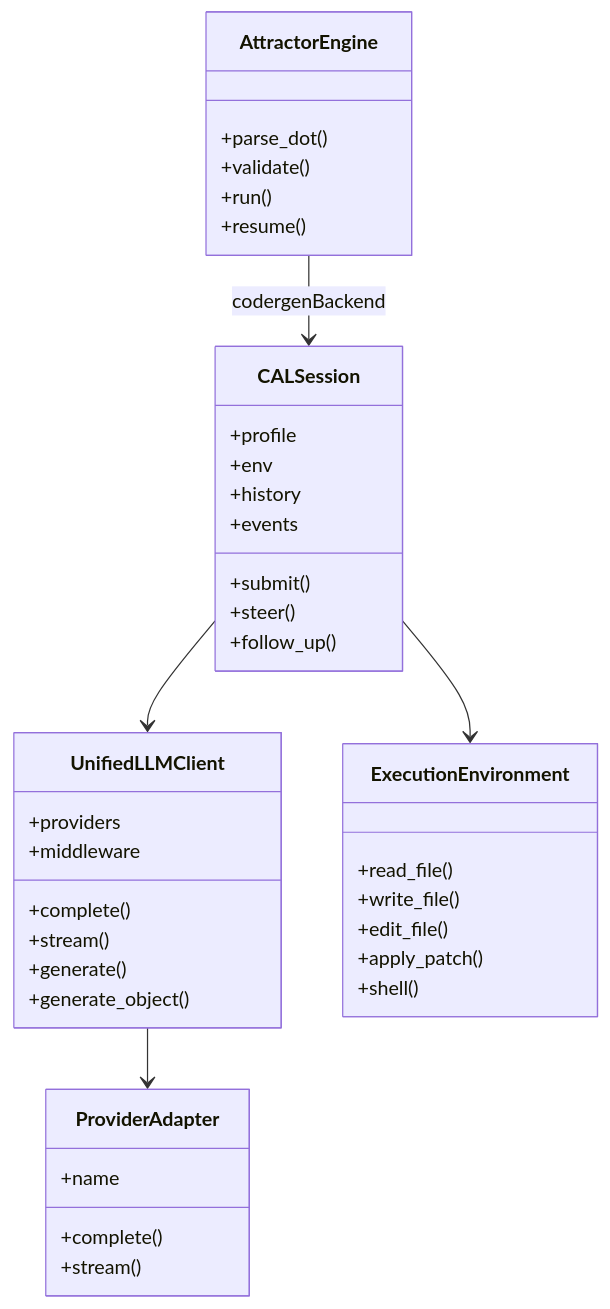
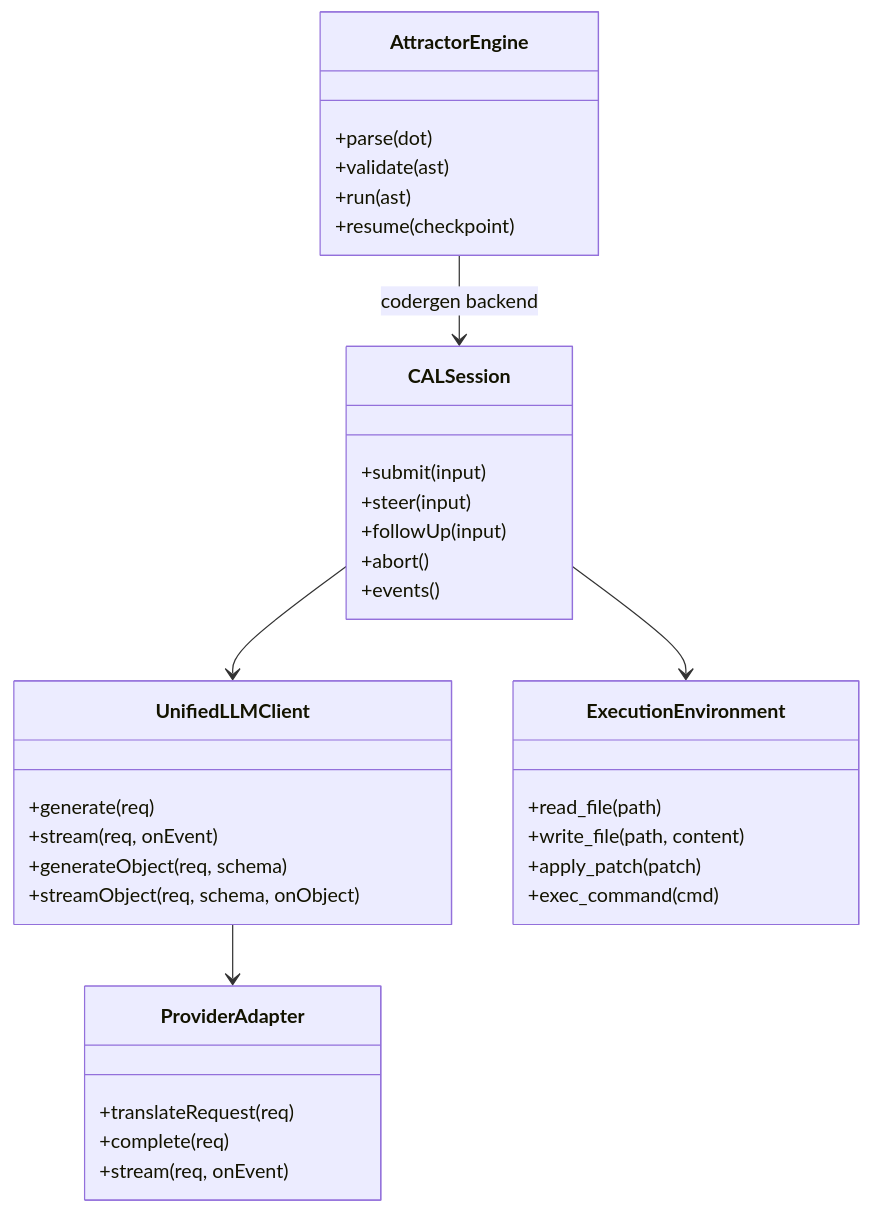
One commit to jaytaylor/attractor-tcl changed the first of 5 diagrams in docs/sprints/SPRINT-003-close-spec-parity-tcl.md. Above: the diagram before and after it, drawn with Mermaid. The commit also changed other lines of this file, not shown here.

Commit message:
docs: mark sprint 003 close-spec plan fully complete with final verification evidence

````diff
--- a/docs/sprints/SPRINT-003-close-spec-parity-tcl.md
+++ b/docs/sprints/SPRINT-003-close-spec-parity-tcl.md
@@ -824,44 +696,42 @@
 ```mermaid
-%% Source: .scratch/diagrams/sprint-003/domain.mmd
 classDiagram
   class UnifiedLLMClient {
-    +providers
-    +middleware
-    +complete()
-    +stream()
-    +generate()
-    +generate_object()
+    +generate(req)
+    +stream(req, onEvent)
+    +generateObject(req, schema)
+    +streamObject(req, schema, onObject)
   }
+
   class ProviderAdapter {
-    +name
-    +complete()
-    +stream()
+    +translateRequest(req)
+    +complete(req)
+    +stream(req, onEvent)
   }
+
   class CALSession {
-    +profile
-    +env
-    +history
-    +events
-    +submit()
-    +steer()
-    +follow_up()
+    +submit(input)
+    +steer(input)
+    +followUp(input)
+    +abort()
+    +events()
   }
+
   class ExecutionEnvironment {
-    +read_file()
-    +write_file()
-    +edit_file()
-    +apply_patch()
-    +shell()
+    +read_file(path)
+    +write_file(path, content)
+    +apply_patch(patch)
+    +exec_command(cmd)
   }
+
   class AttractorEngine {
-    +parse_dot()
-    +validate()
-    +run()
-    +resume()
+    +parse(dot)
+    +validate(ast)
+    +run(ast)
+    +resume(checkpoint)
   }
 
   UnifiedLLMClient --> ProviderAdapter
   CALSession --> UnifiedLLMClient
   CALSession --> ExecutionEnvironment
-  AttractorEngine --> CALSession : codergenBackend
+  AttractorEngine --> CALSession : codergen backend
 ```
````
